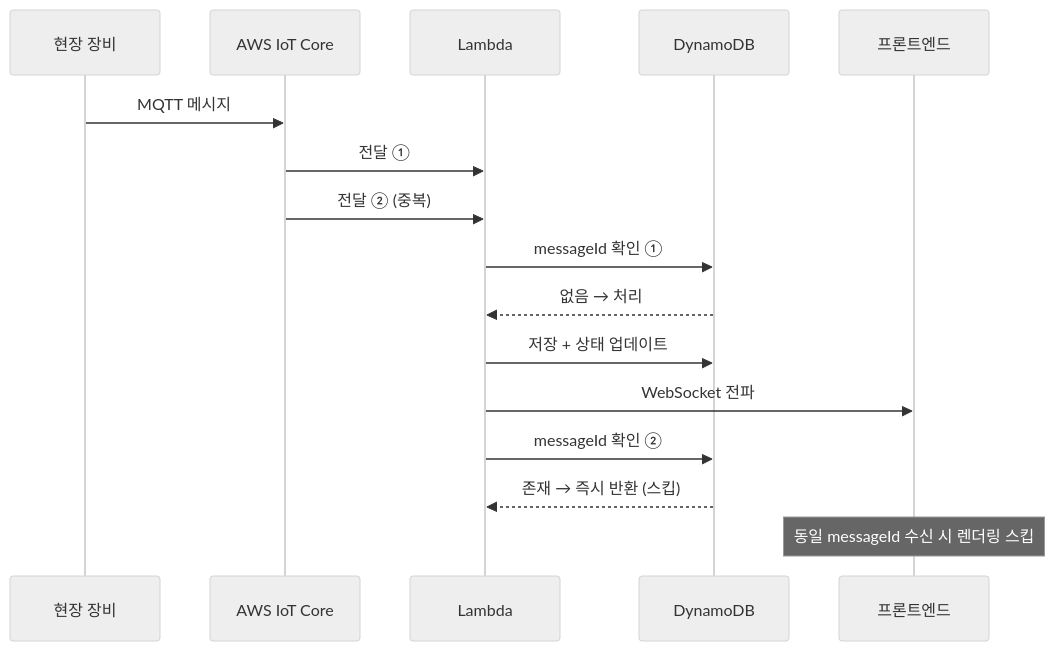
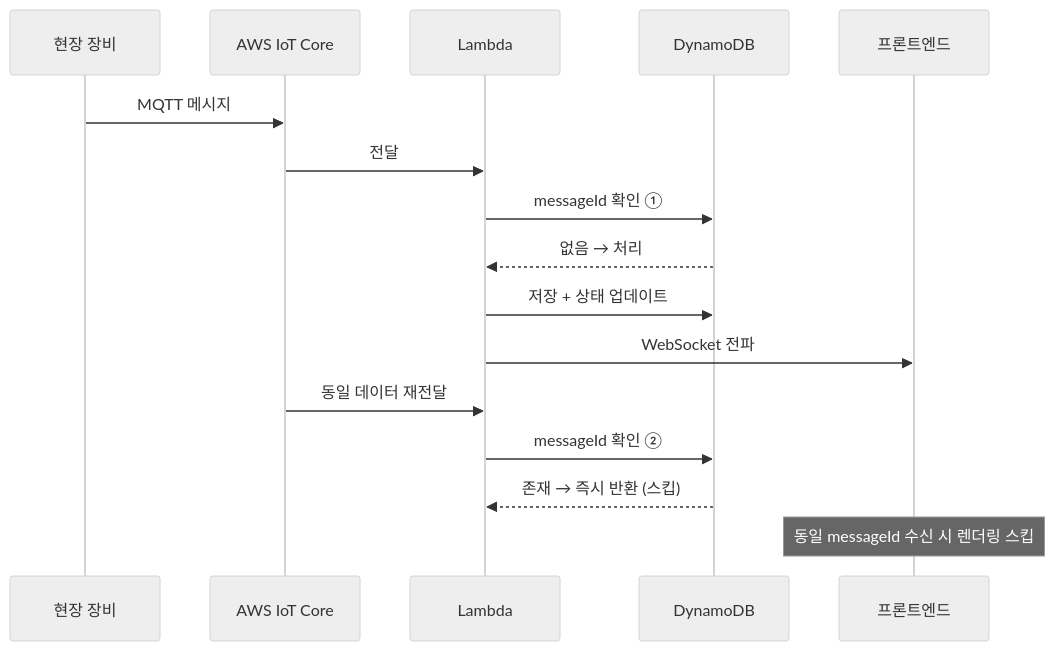
Before and after one commit to kyungchan3007/-portfolio: the second of 2 diagrams in docs/realtime/dedup-idempotency.md, drawn with Mermaid (neutral theme). The commit also changed other lines of this file and 14 other files, not shown here.

````diff
--- a/docs/realtime/dedup-idempotency.md
+++ b/docs/realtime/dedup-idempotency.md
@@ -158,22 +161,22 @@
 ```mermaid
 sequenceDiagram
     participant Device as 현장 장비
     participant IoT as AWS IoT Core
     participant Lambda
     participant DB as DynamoDB
     participant FE as 프론트엔드
 
     Device->>IoT: MQTT 메시지
-    IoT->>Lambda: 전달 ①
-    IoT->>Lambda: 전달 ② (중복)
+    IoT->>Lambda: 전달
 
     Lambda->>DB: messageId 확인 ①
     DB-->>Lambda: 없음 → 처리
     Lambda->>DB: 저장 + 상태 업데이트
     Lambda->>FE: WebSocket 전파
 
+    IoT->>Lambda: 동일 데이터 재전달
     Lambda->>DB: messageId 확인 ②
     DB-->>Lambda: 존재 → 즉시 반환 (스킵)
 
     Note over FE: 동일 messageId 수신 시 렌더링 스킵
 ```
````
